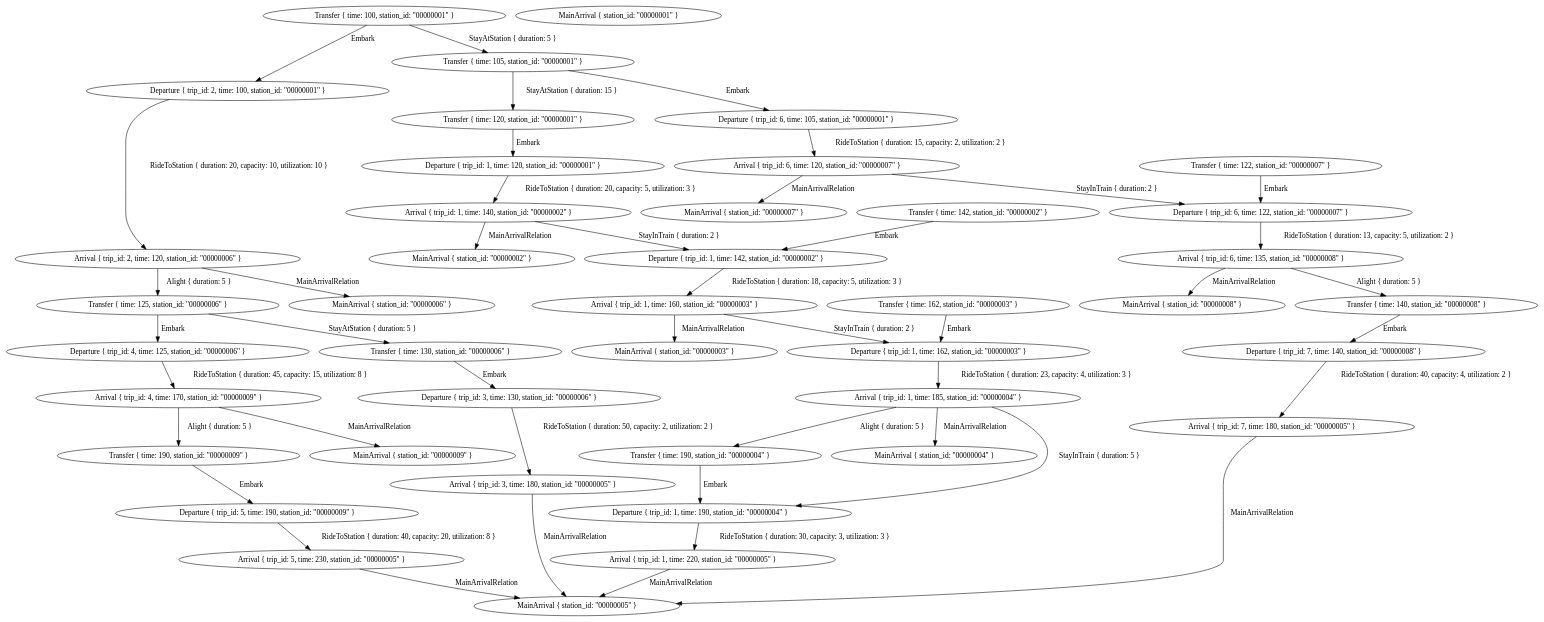
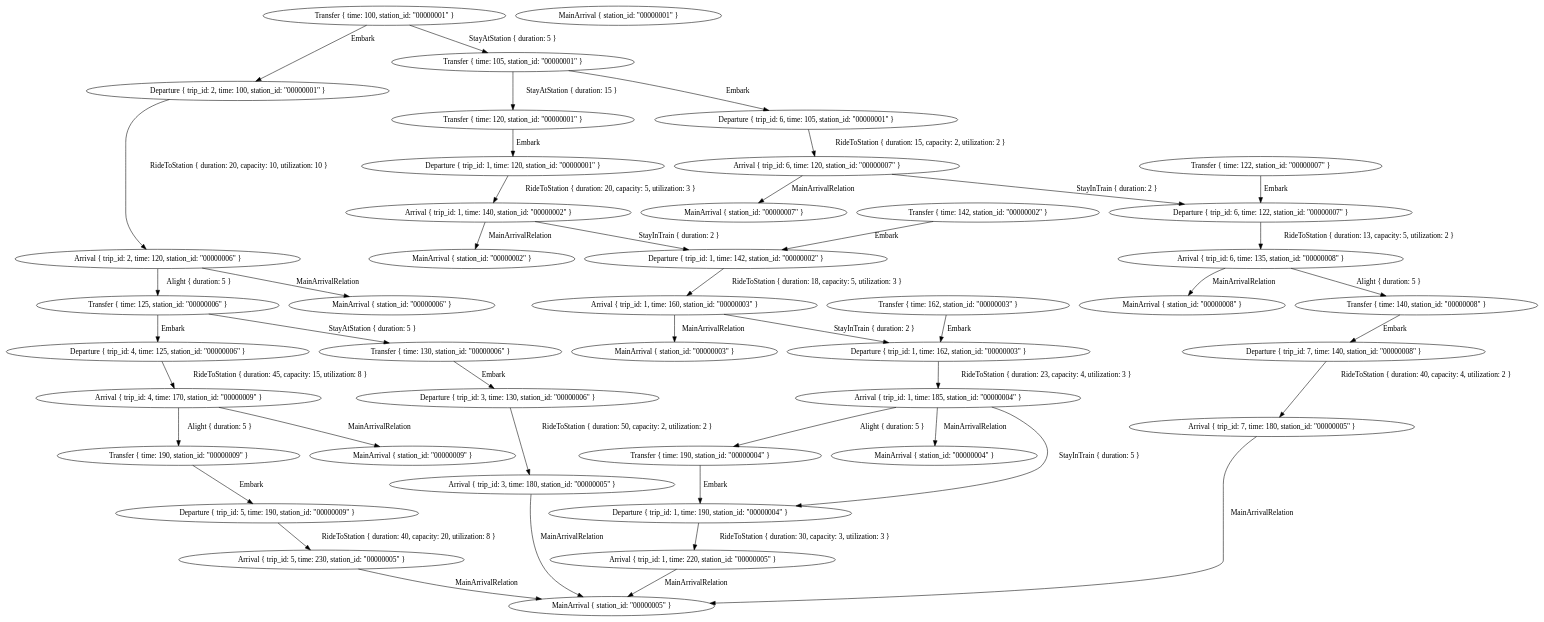
The diagram in graph.dot (eliaswendt/mcfp-optimizer), drawn with Graphviz before and after one commit. The commit also changed 2 other files, not shown here.

```diff
--- a/graph.dot
+++ b/graph.dot
@@ -1,88 +1,88 @@
 digraph {
     0 [ label = "Arrival { trip_id: 1, time: 220, station_id: \"00000005\" }" ]
     1 [ label = "Departure { trip_id: 1, time: 190, station_id: \"00000004\" }" ]
-    2 [ label = "Arrival { trip_id: 2, time: 120, station_id: \"00000006\" }" ]
-    3 [ label = "Departure { trip_id: 2, time: 100, station_id: \"00000001\" }" ]
-    4 [ label = "Arrival { trip_id: 5, time: 230, station_id: \"00000005\" }" ]
-    5 [ label = "Departure { trip_id: 5, time: 190, station_id: \"00000009\" }" ]
-    6 [ label = "Arrival { trip_id: 1, time: 160, station_id: \"00000003\" }" ]
-    7 [ label = "Departure { trip_id: 1, time: 142, station_id: \"00000002\" }" ]
-    8 [ label = "Arrival { trip_id: 4, time: 170, station_id: \"00000009\" }" ]
-    9 [ label = "Departure { trip_id: 4, time: 125, station_id: \"00000006\" }" ]
-    10 [ label = "Arrival { trip_id: 7, time: 180, station_id: \"00000005\" }" ]
-    11 [ label = "Departure { trip_id: 7, time: 140, station_id: \"00000008\" }" ]
-    12 [ label = "Arrival { trip_id: 1, time: 185, station_id: \"00000004\" }" ]
-    13 [ label = "Departure { trip_id: 1, time: 162, station_id: \"00000003\" }" ]
-    14 [ label = "Arrival { trip_id: 3, time: 180, station_id: \"00000005\" }" ]
-    15 [ label = "Departure { trip_id: 3, time: 130, station_id: \"00000006\" }" ]
+    2 [ label = "Arrival { trip_id: 3, time: 180, station_id: \"00000005\" }" ]
+    3 [ label = "Departure { trip_id: 3, time: 130, station_id: \"00000006\" }" ]
+    4 [ label = "Arrival { trip_id: 4, time: 170, station_id: \"00000009\" }" ]
+    5 [ label = "Departure { trip_id: 4, time: 125, station_id: \"00000006\" }" ]
+    6 [ label = "Arrival { trip_id: 2, time: 120, station_id: \"00000006\" }" ]
+    7 [ label = "Departure { trip_id: 2, time: 100, station_id: \"00000001\" }" ]
+    8 [ label = "Arrival { trip_id: 5, time: 230, station_id: \"00000005\" }" ]
+    9 [ label = "Departure { trip_id: 5, time: 190, station_id: \"00000009\" }" ]
+    10 [ label = "Arrival { trip_id: 6, time: 120, station_id: \"00000007\" }" ]
+    11 [ label = "Departure { trip_id: 6, time: 105, station_id: \"00000001\" }" ]
+    12 [ label = "Arrival { trip_id: 6, time: 135, station_id: \"00000008\" }" ]
+    13 [ label = "Departure { trip_id: 6, time: 122, station_id: \"00000007\" }" ]
+    14 [ label = "Arrival { trip_id: 7, time: 180, station_id: \"00000005\" }" ]
+    15 [ label = "Departure { trip_id: 7, time: 140, station_id: \"00000008\" }" ]
     16 [ label = "Arrival { trip_id: 1, time: 140, station_id: \"00000002\" }" ]
     17 [ label = "Departure { trip_id: 1, time: 120, station_id: \"00000001\" }" ]
-    18 [ label = "Arrival { trip_id: 6, time: 120, station_id: \"00000007\" }" ]
-    19 [ label = "Departure { trip_id: 6, time: 105, station_id: \"00000001\" }" ]
-    20 [ label = "Arrival { trip_id: 6, time: 135, station_id: \"00000008\" }" ]
-    21 [ label = "Departure { trip_id: 6, time: 122, station_id: \"00000007\" }" ]
-    22 [ label = "MainArrival { station_id: \"00000007\" }" ]
-    23 [ label = "Transfer { time: 122, station_id: \"00000007\" }" ]
-    24 [ label = "MainArrival { station_id: \"00000002\" }" ]
-    25 [ label = "Transfer { time: 142, station_id: \"00000002\" }" ]
-    26 [ label = "MainArrival { station_id: \"00000004\" }" ]
-    27 [ label = "Transfer { time: 190, station_id: \"00000004\" }" ]
-    28 [ label = "MainArrival { station_id: \"00000003\" }" ]
-    29 [ label = "Transfer { time: 162, station_id: \"00000003\" }" ]
-    30 [ label = "MainArrival { station_id: \"00000009\" }" ]
-    31 [ label = "Transfer { time: 190, station_id: \"00000009\" }" ]
-    32 [ label = "MainArrival { station_id: \"00000001\" }" ]
-    33 [ label = "Transfer { time: 100, station_id: \"00000001\" }" ]
-    34 [ label = "Transfer { time: 120, station_id: \"00000001\" }" ]
-    35 [ label = "Transfer { time: 105, station_id: \"00000001\" }" ]
-    36 [ label = "MainArrival { station_id: \"00000006\" }" ]
+    18 [ label = "Arrival { trip_id: 1, time: 160, station_id: \"00000003\" }" ]
+    19 [ label = "Departure { trip_id: 1, time: 142, station_id: \"00000002\" }" ]
+    20 [ label = "Arrival { trip_id: 1, time: 185, station_id: \"00000004\" }" ]
+    21 [ label = "Departure { trip_id: 1, time: 162, station_id: \"00000003\" }" ]
+    22 [ label = "MainArrival { station_id: \"00000004\" }" ]
+    23 [ label = "Transfer { time: 190, station_id: \"00000004\" }" ]
+    24 [ label = "MainArrival { station_id: \"00000005\" }" ]
+    25 [ label = "MainArrival { station_id: \"00000001\" }" ]
+    26 [ label = "Transfer { time: 105, station_id: \"00000001\" }" ]
+    27 [ label = "Transfer { time: 120, station_id: \"00000001\" }" ]
+    28 [ label = "Transfer { time: 100, station_id: \"00000001\" }" ]
+    29 [ label = "MainArrival { station_id: \"00000002\" }" ]
+    30 [ label = "Transfer { time: 142, station_id: \"00000002\" }" ]
+    31 [ label = "MainArrival { station_id: \"00000007\" }" ]
+    32 [ label = "Transfer { time: 122, station_id: \"00000007\" }" ]
+    33 [ label = "MainArrival { station_id: \"00000008\" }" ]
+    34 [ label = "Transfer { time: 140, station_id: \"00000008\" }" ]
+    35 [ label = "MainArrival { station_id: \"00000006\" }" ]
+    36 [ label = "Transfer { time: 130, station_id: \"00000006\" }" ]
     37 [ label = "Transfer { time: 125, station_id: \"00000006\" }" ]
-    38 [ label = "Transfer { time: 130, station_id: \"00000006\" }" ]
-    39 [ label = "MainArrival { station_id: \"00000008\" }" ]
-    40 [ label = "Transfer { time: 140, station_id: \"00000008\" }" ]
-    41 [ label = "MainArrival { station_id: \"00000005\" }" ]
+    38 [ label = "MainArrival { station_id: \"00000009\" }" ]
+    39 [ label = "Transfer { time: 190, station_id: \"00000009\" }" ]
+    40 [ label = "MainArrival { station_id: \"00000003\" }" ]
+    41 [ label = "Transfer { time: 162, station_id: \"00000003\" }" ]
     1 -> 0 [ label = "RideToStation { duration: 30, capacity: 3, utilization: 3 }" ]
-    3 -> 2 [ label = "RideToStation { duration: 20, capacity: 10, utilization: 10 }" ]
-    5 -> 4 [ label = "RideToStation { duration: 40, capacity: 20, utilization: 8 }" ]
-    7 -> 6 [ label = "RideToStation { duration: 18, capacity: 5, utilization: 3 }" ]
-    9 -> 8 [ label = "RideToStation { duration: 45, capacity: 15, utilization: 8 }" ]
-    11 -> 10 [ label = "RideToStation { duration: 40, capacity: 4, utilization: 2 }" ]
-    13 -> 12 [ label = "RideToStation { duration: 23, capacity: 4, utilization: 3 }" ]
-    15 -> 14 [ label = "RideToStation { duration: 50, capacity: 2, utilization: 2 }" ]
+    3 -> 2 [ label = "RideToStation { duration: 50, capacity: 2, utilization: 2 }" ]
+    5 -> 4 [ label = "RideToStation { duration: 45, capacity: 15, utilization: 8 }" ]
+    7 -> 6 [ label = "RideToStation { duration: 20, capacity: 10, utilization: 10 }" ]
+    9 -> 8 [ label = "RideToStation { duration: 40, capacity: 20, utilization: 8 }" ]
+    11 -> 10 [ label = "RideToStation { duration: 15, capacity: 2, utilization: 2 }" ]
+    13 -> 12 [ label = "RideToStation { duration: 13, capacity: 5, utilization: 2 }" ]
+    15 -> 14 [ label = "RideToStation { duration: 40, capacity: 4, utilization: 2 }" ]
     17 -> 16 [ label = "RideToStation { duration: 20, capacity: 5, utilization: 3 }" ]
-    19 -> 18 [ label = "RideToStation { duration: 15, capacity: 2, utilization: 2 }" ]
-    21 -> 20 [ label = "RideToStation { duration: 13, capacity: 5, utilization: 2 }" ]
-    23 -> 21 [ label = "Embark" ]
+    19 -> 18 [ label = "RideToStation { duration: 18, capacity: 5, utilization: 3 }" ]
+    21 -> 20 [ label = "RideToStation { duration: 23, capacity: 4, utilization: 3 }" ]
+    23 -> 1 [ label = "Embark" ]
+    20 -> 1 [ label = "StayInTrain { duration: 5 }" ]
+    20 -> 22 [ label = "MainArrivalRelation" ]
+    20 -> 23 [ label = "Alight { duration: 5 }" ]
+    2 -> 24 [ label = "MainArrivalRelation" ]
+    0 -> 24 [ label = "MainArrivalRelation" ]
+    14 -> 24 [ label = "MainArrivalRelation" ]
+    8 -> 24 [ label = "MainArrivalRelation" ]
+    26 -> 11 [ label = "Embark" ]
+    27 -> 17 [ label = "Embark" ]
+    28 -> 7 [ label = "Embark" ]
+    28 -> 26 [ label = "StayAtStation { duration: 5 }" ]
+    26 -> 27 [ label = "StayAtStation { duration: 15 }" ]
+    30 -> 19 [ label = "Embark" ]
+    16 -> 19 [ label = "StayInTrain { duration: 2 }" ]
+    16 -> 29 [ label = "MainArrivalRelation" ]
+    32 -> 13 [ label = "Embark" ]
+    10 -> 13 [ label = "StayInTrain { duration: 2 }" ]
+    10 -> 31 [ label = "MainArrivalRelation" ]
+    34 -> 15 [ label = "Embark" ]
+    12 -> 33 [ label = "MainArrivalRelation" ]
+    12 -> 34 [ label = "Alight { duration: 5 }" ]
+    36 -> 3 [ label = "Embark" ]
+    37 -> 5 [ label = "Embark" ]
+    37 -> 36 [ label = "StayAtStation { duration: 5 }" ]
+    6 -> 35 [ label = "MainArrivalRelation" ]
+    6 -> 37 [ label = "Alight { duration: 5 }" ]
+    39 -> 9 [ label = "Embark" ]
+    4 -> 38 [ label = "MainArrivalRelation" ]
+    4 -> 39 [ label = "Alight { duration: 5 }" ]
+    41 -> 21 [ label = "Embark" ]
     18 -> 21 [ label = "StayInTrain { duration: 2 }" ]
-    18 -> 22 [ label = "MainArrivalRelation" ]
-    25 -> 7 [ label = "Embark" ]
-    16 -> 7 [ label = "StayInTrain { duration: 2 }" ]
-    16 -> 24 [ label = "MainArrivalRelation" ]
-    27 -> 1 [ label = "Embark" ]
-    12 -> 1 [ label = "StayInTrain { duration: 5 }" ]
-    12 -> 26 [ label = "MainArrivalRelation" ]
-    12 -> 27 [ label = "Alight { duration: 5 }" ]
-    29 -> 13 [ label = "Embark" ]
-    6 -> 13 [ label = "StayInTrain { duration: 2 }" ]
-    6 -> 28 [ label = "MainArrivalRelation" ]
-    31 -> 5 [ label = "Embark" ]
-    8 -> 30 [ label = "MainArrivalRelation" ]
-    8 -> 31 [ label = "Alight { duration: 5 }" ]
-    33 -> 3 [ label = "Embark" ]
-    34 -> 17 [ label = "Embark" ]
-    35 -> 19 [ label = "Embark" ]
-    33 -> 35 [ label = "StayAtStation { duration: 5 }" ]
-    35 -> 34 [ label = "StayAtStation { duration: 15 }" ]
-    37 -> 9 [ label = "Embark" ]
-    38 -> 15 [ label = "Embark" ]
-    37 -> 38 [ label = "StayAtStation { duration: 5 }" ]
-    2 -> 36 [ label = "MainArrivalRelation" ]
-    2 -> 37 [ label = "Alight { duration: 5 }" ]
-    40 -> 11 [ label = "Embark" ]
-    20 -> 39 [ label = "MainArrivalRelation" ]
-    20 -> 40 [ label = "Alight { duration: 5 }" ]
-    4 -> 41 [ label = "MainArrivalRelation" ]
-    14 -> 41 [ label = "MainArrivalRelation" ]
-    10 -> 41 [ label = "MainArrivalRelation" ]
-    0 -> 41 [ label = "MainArrivalRelation" ]
+    18 -> 40 [ label = "MainArrivalRelation" ]
 }
```
